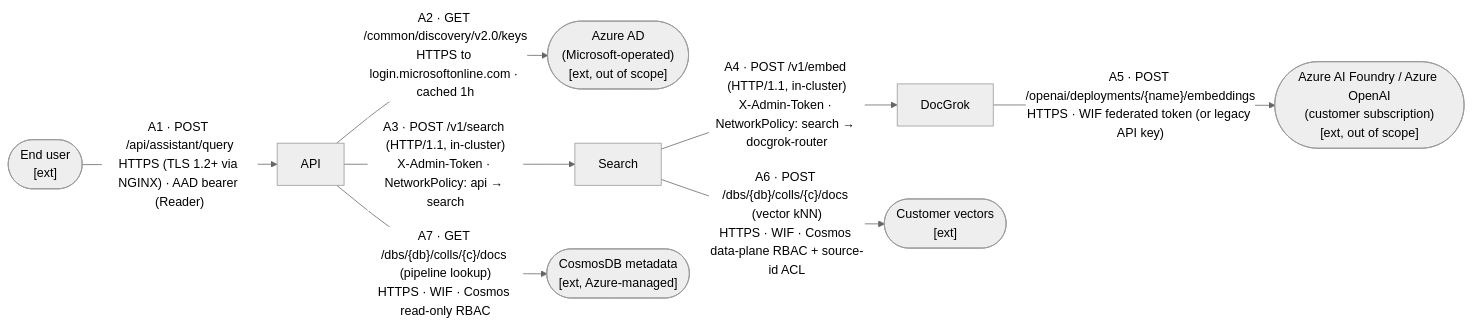
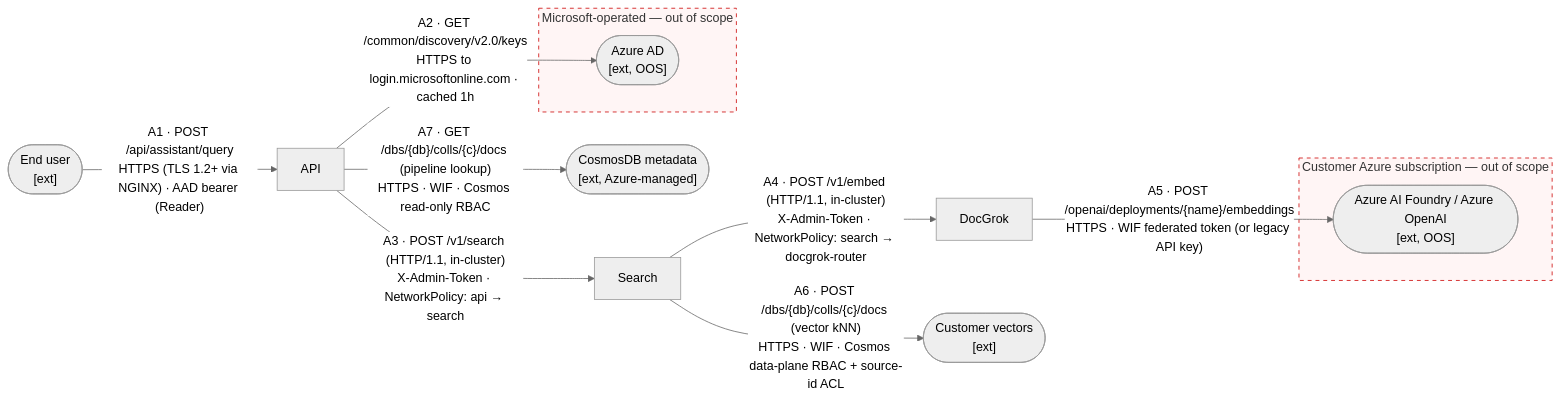
Before and after one commit to AzureCosmosDB/OmniVec: the second of 5 diagrams in docs/security/threat-model.md, drawn with Mermaid (neutral theme). The commit also changed other lines of this file and 2 other files, not shown here.

First line of the commit message:
security(threat-model): visually separate AAD from TB-1 into its own Microsoft OOS boundary

````diff
--- a/docs/security/threat-model.md
+++ b/docs/security/threat-model.md
@@ -128,19 +139,29 @@
 ```mermaid
 flowchart LR
   user(["End user<br/>[ext]"])
-  aad(["Azure AD<br/>(Microsoft-operated)<br/>[ext, out of scope]"])
+
+  subgraph msft["Microsoft-operated — out of scope"]
+    aad(["Azure AD<br/>[ext, OOS]"])
+  end
+
   api["API"]
   search["Search"]
   docgrok["DocGrok"]
   cmeta(["CosmosDB metadata<br/>[ext, Azure-managed]"])
   cvec(["Customer vectors<br/>[ext]"])
-  foundry(["Azure AI Foundry / Azure OpenAI<br/>(customer subscription)<br/>[ext, out of scope]"])
+
+  subgraph custsub["Customer Azure subscription — out of scope"]
+    foundry(["Azure AI Foundry / Azure OpenAI<br/>[ext, OOS]"])
+  end
 
   user -->|"A1 · POST /api/assistant/query<br/>HTTPS (TLS 1.2+ via NGINX) · AAD bearer (Reader)"| api
   api -->|"A2 · GET /common/discovery/v2.0/keys<br/>HTTPS to login.microsoftonline.com · cached 1h"| aad
   api -->|"A3 · POST /v1/search (HTTP/1.1, in-cluster)<br/>X-Admin-Token · NetworkPolicy: api → search"| search
   search -->|"A4 · POST /v1/embed (HTTP/1.1, in-cluster)<br/>X-Admin-Token · NetworkPolicy: search → docgrok-router"| docgrok
   docgrok -->|"A5 · POST /openai/deployments/{name}/embeddings<br/>HTTPS · WIF federated token (or legacy API key)"| foundry
   search -->|"A6 · POST /dbs/{db}/colls/{c}/docs (vector kNN)<br/>HTTPS · WIF · Cosmos data-plane RBAC + source-id ACL"| cvec
   api -->|"A7 · GET /dbs/{db}/colls/{c}/docs (pipeline lookup)<br/>HTTPS · WIF · Cosmos read-only RBAC"| cmeta
+
+  style msft fill:#fff5f5,stroke:#c00,stroke-dasharray: 5 5
+  style custsub fill:#fff5f5,stroke:#c00,stroke-dasharray: 5 5
 ```
````
